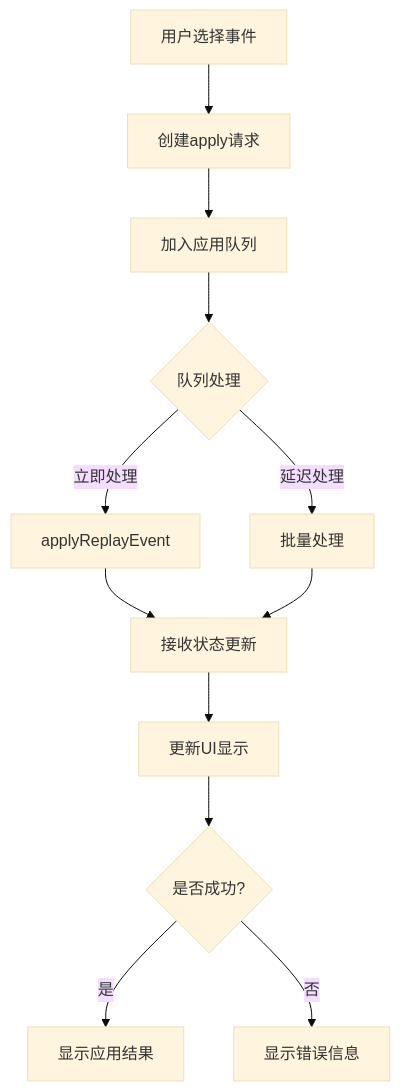
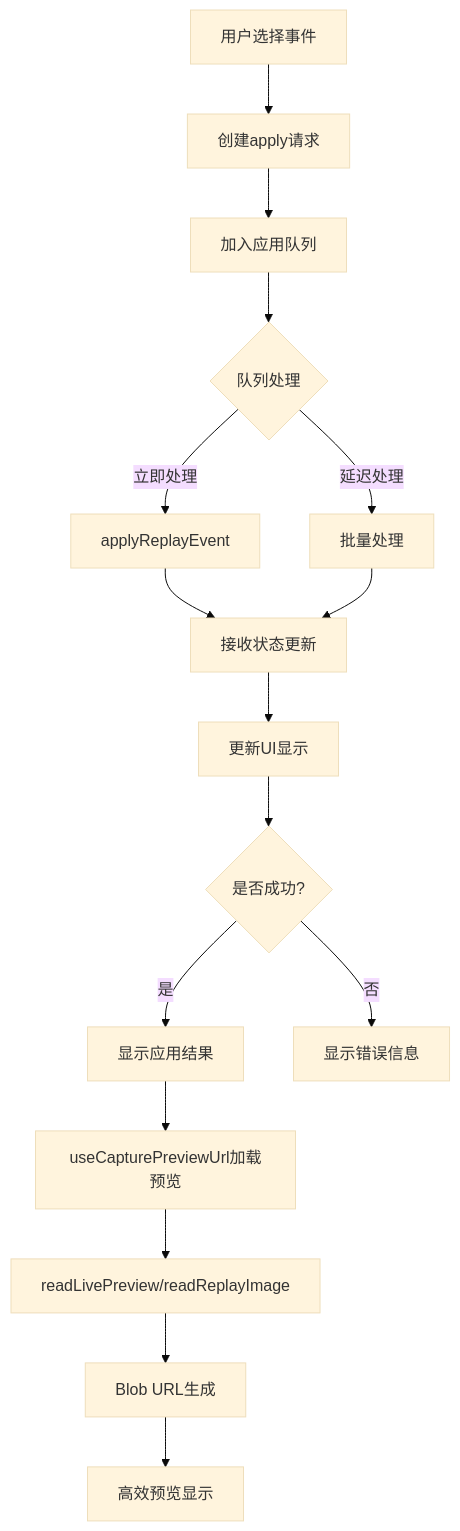
One commit to haolange/RDC-Agent changed the tenth of 16 diagrams in .qoder/repowiki/zh/content/用户界面/右侧面板.md. Above: the diagram before and after it, drawn with Mermaid (base theme). The commit also changed other lines of this file and 90 other files, not shown here.

````diff
--- a/.qoder/repowiki/zh/content/用户界面/右侧面板.md
+++ b/.qoder/repowiki/zh/content/用户界面/右侧面板.md
@@ -418,14 +452,18 @@
 ```mermaid
 flowchart TD
 A["用户选择事件"] --> B["创建apply请求"]
 B --> C["加入应用队列"]
 C --> D{"队列处理"}
 D --> |立即处理| E["applyReplayEvent"]
 D --> |延迟处理| F["批量处理"]
 E --> G["接收状态更新"]
 F --> G
 G --> H["更新UI显示"]
 H --> I{"是否成功?"}
 I --> |是| J["显示应用结果"]
 I --> |否| K["显示错误信息"]
+J --> L["useCapturePreviewUrl加载预览"]
+L --> M["readLivePreview/readReplayImage"]
+M --> N["Blob URL生成"]
+N --> O["高效预览显示"]
 ```
````
